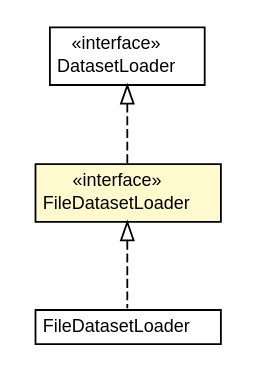
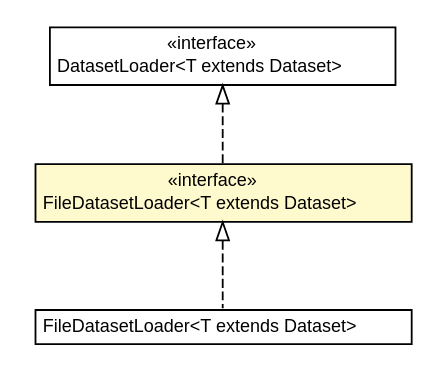
The diagram in docs/it/unica/foresee/datasets/interfaces/FileDatasetLoader.dot (UnicaLabs-CS/Foresee), drawn with Graphviz before and after one commit. The commit also changed 168 other files, not shown here.

Commit message:
Completed support for generic datasets and for Movielens dataset and loader

```diff
--- a/docs/it/unica/foresee/datasets/interfaces/FileDatasetLoader.dot
+++ b/docs/it/unica/foresee/datasets/interfaces/FileDatasetLoader.dot
@@ -1,36 +1,36 @@
 #!/usr/local/bin/dot
 #
 # Class diagram 
 # Generated by UMLGraph version 5.2 (http://www.umlgraph.org/)
 #
 
 digraph G {
 	edge [fontname="Helvetica",fontsize=10,labelfontname="Helvetica",labelfontsize=10];
 	node [fontname="Helvetica",fontsize=10,shape=plaintext];
 	nodesep=0.25;
 	ranksep=0.5;
-	// it.unica.foresee.datasets.interfaces.FileDatasetLoader
-	c648 [label=<<table title="it.unica.foresee.datasets.interfaces.FileDatasetLoader" border="0" cellborder="1" cellspacing="0" cellpadding="2" port="p" bgcolor="lemonChiffon" href="./FileDatasetLoader.html">
+	// it.unica.foresee.datasets.interfaces.FileDatasetLoader<T extends it.unica.foresee.datasets.interfaces.Dataset>
+	c666 [label=<<table title="it.unica.foresee.datasets.interfaces.FileDatasetLoader" border="0" cellborder="1" cellspacing="0" cellpadding="2" port="p" bgcolor="lemonChiffon" href="./FileDatasetLoader.html">
 		<tr><td><table border="0" cellspacing="0" cellpadding="1">
 <tr><td align="center" balign="center"> &#171;interface&#187; </td></tr>
-<tr><td align="center" balign="center"> FileDatasetLoader </td></tr>
+<tr><td align="center" balign="center"> FileDatasetLoader&lt;T extends Dataset&gt; </td></tr>
 		</table></td></tr>
 		</table>>, fontname="Helvetica", fontcolor="black", fontsize=10.0];
-	// it.unica.foresee.datasets.interfaces.DatasetLoader
-	c651 [label=<<table title="it.unica.foresee.datasets.interfaces.DatasetLoader" border="0" cellborder="1" cellspacing="0" cellpadding="2" port="p" href="./DatasetLoader.html">
+	// it.unica.foresee.datasets.interfaces.DatasetLoader<T extends it.unica.foresee.datasets.interfaces.Dataset>
+	c669 [label=<<table title="it.unica.foresee.datasets.interfaces.DatasetLoader" border="0" cellborder="1" cellspacing="0" cellpadding="2" port="p" href="./DatasetLoader.html">
 		<tr><td><table border="0" cellspacing="0" cellpadding="1">
 <tr><td align="center" balign="center"> &#171;interface&#187; </td></tr>
-<tr><td align="center" balign="center"> DatasetLoader </td></tr>
+<tr><td align="center" balign="center"> DatasetLoader&lt;T extends Dataset&gt; </td></tr>
 		</table></td></tr>
 		</table>>, fontname="Helvetica", fontcolor="black", fontsize=10.0];
-	// it.unica.foresee.datasets.FileDatasetLoader
-	c653 [label=<<table title="it.unica.foresee.datasets.FileDatasetLoader" border="0" cellborder="1" cellspacing="0" cellpadding="2" port="p" href="../FileDatasetLoader.html">
+	// it.unica.foresee.datasets.FileDatasetLoader<T extends it.unica.foresee.datasets.interfaces.Dataset>
+	c673 [label=<<table title="it.unica.foresee.datasets.FileDatasetLoader" border="0" cellborder="1" cellspacing="0" cellpadding="2" port="p" href="../FileDatasetLoader.html">
 		<tr><td><table border="0" cellspacing="0" cellpadding="1">
-<tr><td align="center" balign="center"> FileDatasetLoader </td></tr>
+<tr><td align="center" balign="center"> FileDatasetLoader&lt;T extends Dataset&gt; </td></tr>
 		</table></td></tr>
 		</table>>, fontname="Helvetica", fontcolor="black", fontsize=10.0];
-	//it.unica.foresee.datasets.interfaces.FileDatasetLoader implements it.unica.foresee.datasets.interfaces.DatasetLoader
-	c651:p -> c648:p [dir=back,arrowtail=empty,style=dashed];
-	//it.unica.foresee.datasets.FileDatasetLoader implements it.unica.foresee.datasets.interfaces.FileDatasetLoader
-	c648:p -> c653:p [dir=back,arrowtail=empty,style=dashed];
+	//it.unica.foresee.datasets.interfaces.FileDatasetLoader<T extends it.unica.foresee.datasets.interfaces.Dataset> implements it.unica.foresee.datasets.interfaces.DatasetLoader<T extends it.unica.foresee.datasets.interfaces.Dataset>
+	c669:p -> c666:p [dir=back,arrowtail=empty,style=dashed];
+	//it.unica.foresee.datasets.FileDatasetLoader<T extends it.unica.foresee.datasets.interfaces.Dataset> implements it.unica.foresee.datasets.interfaces.FileDatasetLoader<T extends it.unica.foresee.datasets.interfaces.Dataset>
+	c666:p -> c673:p [dir=back,arrowtail=empty,style=dashed];
 }
```
